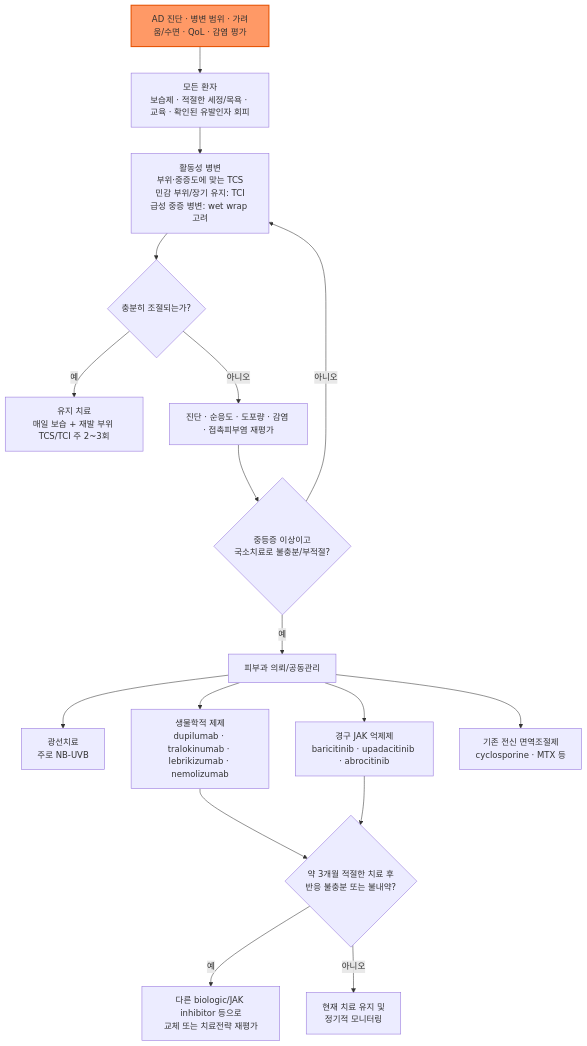
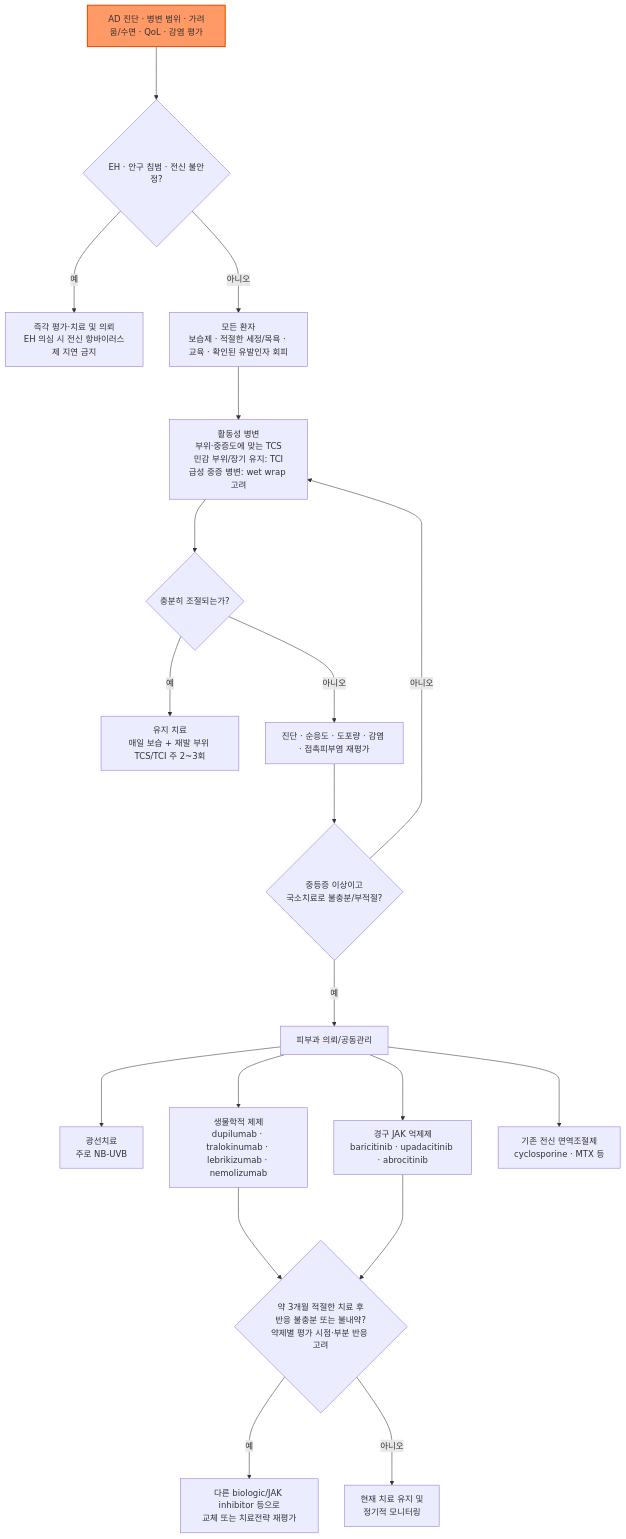
Before and after one commit to familyoh77/familyoh77: the diagram in 229_/158_-atopic-dermatitis-ad.md, drawn with Mermaid. The commit also changed other lines of this file, not shown here.

````diff
--- a/229_/158_-atopic-dermatitis-ad.md
+++ b/229_/158_-atopic-dermatitis-ad.md
@@ -147,20 +147,22 @@
 ```mermaid
 flowchart TD
-    A[AD 진단 · 병변 범위 · 가려움/수면 · QoL · 감염 평가] --> B[모든 환자<br/>보습제 · 적절한 세정/목욕 · 교육 · 확인된 유발인자 회피]
-    B --> C[활동성 병변<br/>부위·중증도에 맞는 TCS<br/>민감 부위/장기 유지: TCI<br/>급성 중증 병변: wet wrap 고려]
-    C --> D{충분히 조절되는가?}
-    D -->|예| E[유지 치료<br/>매일 보습 + 재발 부위 TCS/TCI 주 2~3회]
-    D -->|아니오| F[진단 · 순응도 · 도포량 · 감염 · 접촉피부염 재평가]
-    F --> G{중등증 이상이고<br/>국소치료로 불충분/부적절?}
-    G -->|아니오| C
-    G -->|예| H[피부과 의뢰/공동관리]
-    H --> I[광선치료<br/>주로 NB-UVB]
-    H --> J[생물학적 제제<br/>dupilumab · tralokinumab · lebrikizumab · nemolizumab]
-    H --> K[경구 JAK 억제제<br/>baricitinib · upadacitinib · abrocitinib]
-    H --> L[기존 전신 면역조절제<br/>cyclosporine · MTX 등]
-    J --> M{약 3개월 적절한 치료 후<br/>반응 불충분 또는 불내약?}
-    K --> M
-    M -->|예| N[다른 biologic/JAK inhibitor 등으로<br/>교체 또는 치료전략 재평가]
-    M -->|아니오| O[현재 치료 유지 및<br/>정기적 모니터링]
+    A[AD 진단 · 병변 범위 · 가려움/수면 · QoL · 감염 평가] ---> R{EH · 안구 침범 · 전신 불안정?}
+    R -- 예 ---> S[즉각 평가·치료 및 의뢰<br/>EH 의심 시 전신 항바이러스제 지연 금지]
+    R -- 아니오 ---> B[모든 환자<br/>보습제 · 적절한 세정/목욕 · 교육 · 확인된 유발인자 회피]
+    B ---> C[활동성 병변<br/>부위·중증도에 맞는 TCS<br/>민감 부위/장기 유지: TCI<br/>급성 중증 병변: wet wrap 고려]
+    C ---> D{충분히 조절되는가?}
+    D --->|예| E[유지 치료<br/>매일 보습 + 재발 부위 TCS/TCI 주 2~3회]
+    D --->|아니오| F[진단 · 순응도 · 도포량 · 감염 · 접촉피부염 재평가]
+    F ---> G{중등증 이상이고<br/>국소치료로 불충분/부적절?}
+    G --->|아니오| C
+    G --->|예| H[피부과 의뢰/공동관리]
+    H ---> I[광선치료<br/>주로 NB-UVB]
+    H ---> J[생물학적 제제<br/>dupilumab · tralokinumab · lebrikizumab · nemolizumab]
+    H ---> K[경구 JAK 억제제<br/>baricitinib · upadacitinib · abrocitinib]
+    H ---> L[기존 전신 면역조절제<br/>cyclosporine · MTX 등]
+    J ---> M{약 3개월 적절한 치료 후<br/>반응 불충분 또는 불내약?<br/>약제별 평가 시점·부분 반응 고려}
+    K ---> M
+    M --->|예| N[다른 biologic/JAK inhibitor 등으로<br/>교체 또는 치료전략 재평가]
+    M --->|아니오| O[현재 치료 유지 및<br/>정기적 모니터링]
     style A fill:#f96,stroke:#e65100,stroke-width:2px
 ```
````
